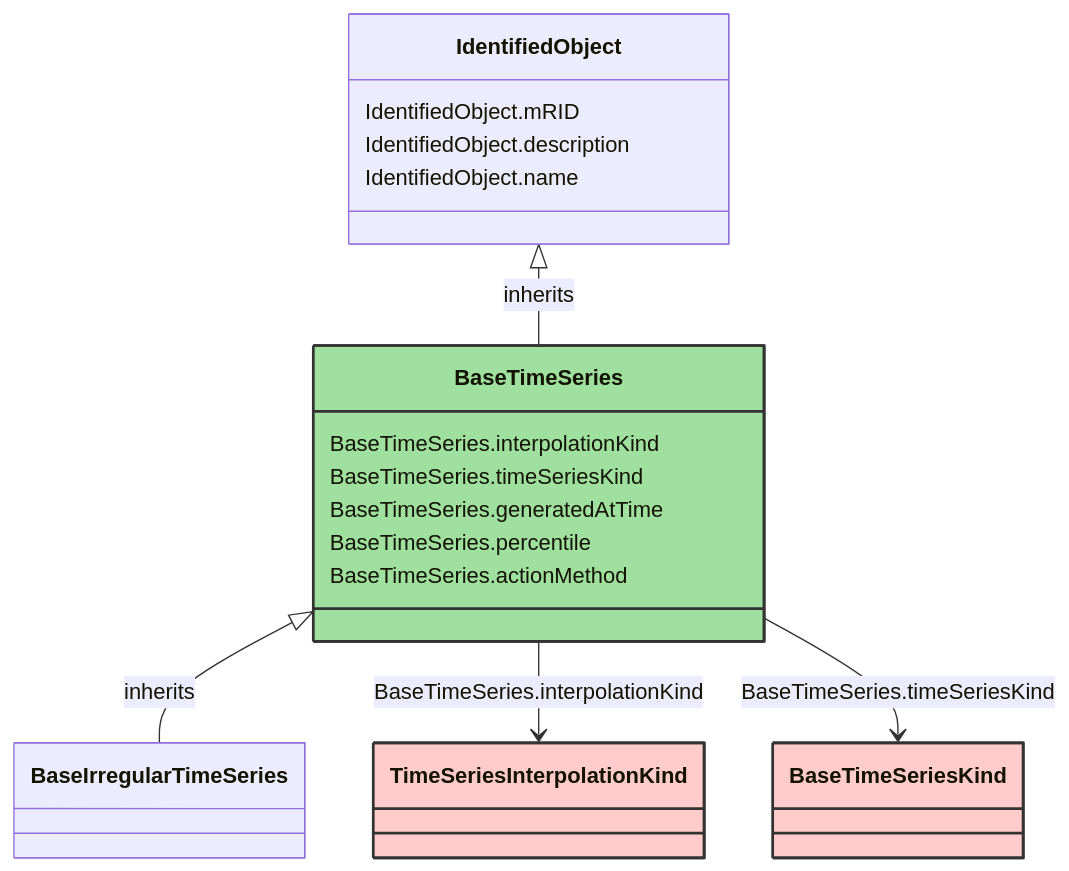
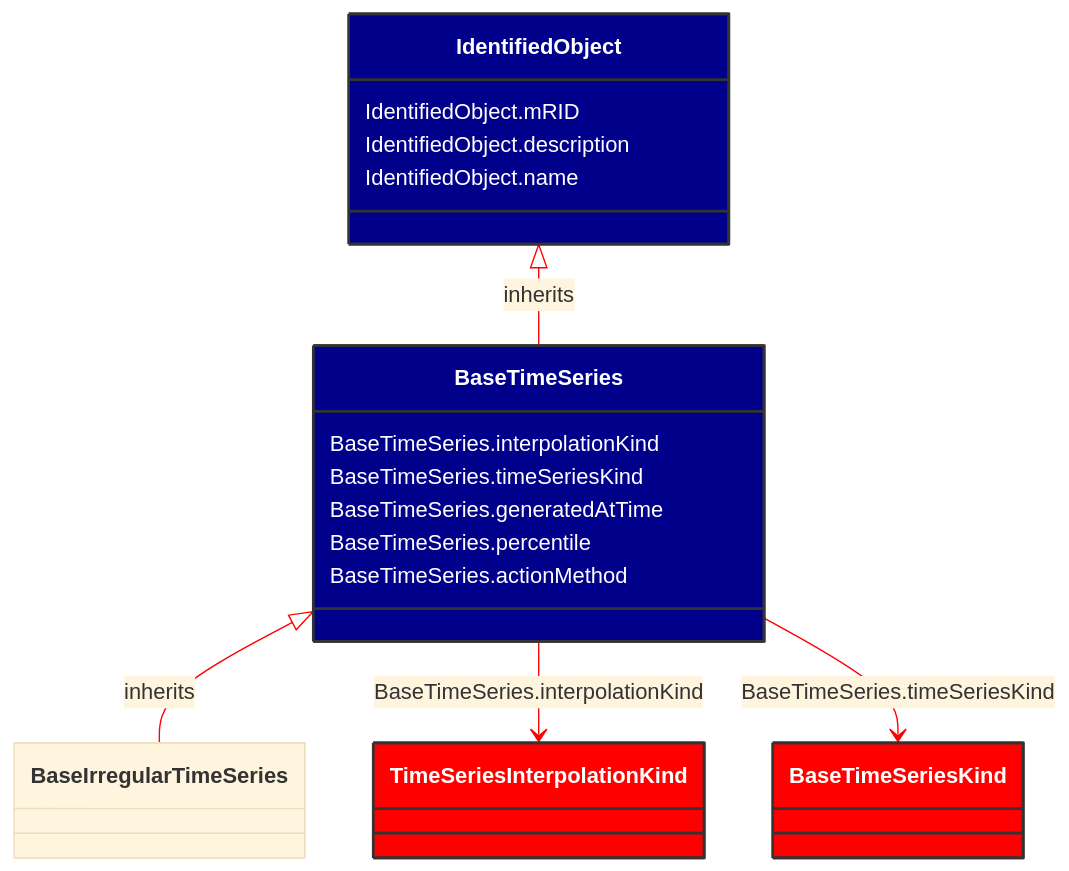
The diagram in docs/Models/Profiles/WattApp/AbstractClasses/BaseTimeSeries.md (3lbits/NoCIMExtensions), drawn with Mermaid before and after one commit. The commit also changed 16 other files, not shown here.

Commit message:
Fixed mermaid colors and footer issue

````diff
--- a/docs/Models/Profiles/WattApp/AbstractClasses/BaseTimeSeries.md
+++ b/docs/Models/Profiles/WattApp/AbstractClasses/BaseTimeSeries.md
@@ -10,39 +10,40 @@
 ```mermaid
+%%{init: {'theme':'base','themeVariables': {'lineColor': '#FF0000'}}}%%
 classDiagram
     class BaseTimeSeries
     click BaseTimeSeries href "/Models/Profiles/WattApp/AbstractClasses/BaseTimeSeries/"
-    style BaseTimeSeries fill:#9fdf9f,stroke:#333,stroke-width:2px,rx:10,ry:10
+    style BaseTimeSeries fill:#006400,stroke:#333,stroke-width:2px,rx:10,ry:10,color:white
 
         BaseTimeSeries <|-- BaseIrregularTimeSeries : inherits
             click BaseTimeSeries href "/Models/Profiles/WattApp/AbstractClasses/BaseTimeSeries/"
-            style BaseTimeSeries rx:10,ry:10
+            style BaseTimeSeries fill:#00008B,stroke:#333,stroke-width:2px,rx:10,ry:10,color:white
 
         BaseIrregularTimeSeries
             click BaseIrregularTimeSeries href "/Models/Profiles/WattApp/AbstractClasses/BaseIrregularTimeSeries/"
-            style BaseIrregularTimeSeries rx:10,ry:10
+            style BaseTimeSeries fill:#00008B,stroke:#333,stroke-width:2px,rx:10,ry:10,color:white
 
         IdentifiedObject <|-- BaseTimeSeries : inherits
             click IdentifiedObject href "/Models/Profiles/WattApp/AbstractClasses/IdentifiedObject/"
-            style IdentifiedObject rx:10,ry:10
+            style IdentifiedObject fill:#00008B,stroke:#333,stroke-width:2px,rx:10,ry:10,color:white
 
 
         BaseTimeSeries --> TimeSeriesInterpolationKind : BaseTimeSeries.interpolationKind
 
         TimeSeriesInterpolationKind
             click TimeSeriesInterpolationKind href "/Models/Profiles/WattApp/Enumerations/TimeSeriesInterpolationKind/"
-            style TimeSeriesInterpolationKind fill:#FFCCCB,stroke:#333,stroke-width:2px,rx:10,ry:10
+            style TimeSeriesInterpolationKind fill:#FF0000,stroke:#333,stroke-width:2px,rx:10,ry:10,color:white
         BaseTimeSeries --> BaseTimeSeriesKind : BaseTimeSeries.timeSeriesKind
 
         BaseTimeSeriesKind
             click BaseTimeSeriesKind href "/Models/Profiles/WattApp/Enumerations/BaseTimeSeriesKind/"
-            style BaseTimeSeriesKind fill:#FFCCCB,stroke:#333,stroke-width:2px,rx:10,ry:10
+            style BaseTimeSeriesKind fill:#FF0000,stroke:#333,stroke-width:2px,rx:10,ry:10,color:white
 
         BaseTimeSeries : BaseTimeSeries.interpolationKind
         BaseTimeSeries : BaseTimeSeries.timeSeriesKind
         BaseTimeSeries : BaseTimeSeries.generatedAtTime
         BaseTimeSeries : BaseTimeSeries.percentile
         BaseTimeSeries : BaseTimeSeries.actionMethod
         IdentifiedObject : IdentifiedObject.mRID
         IdentifiedObject : IdentifiedObject.description
         IdentifiedObject : IdentifiedObject.name
 ```
````
